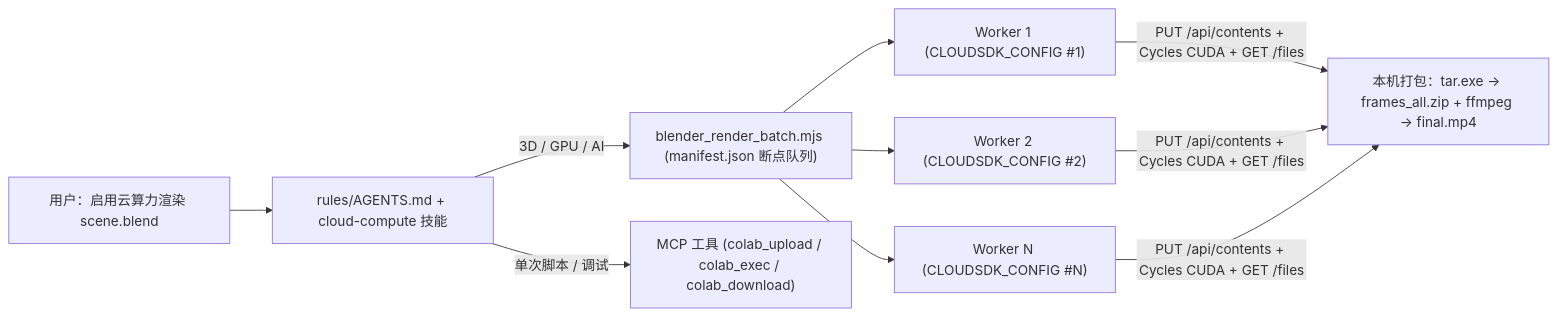
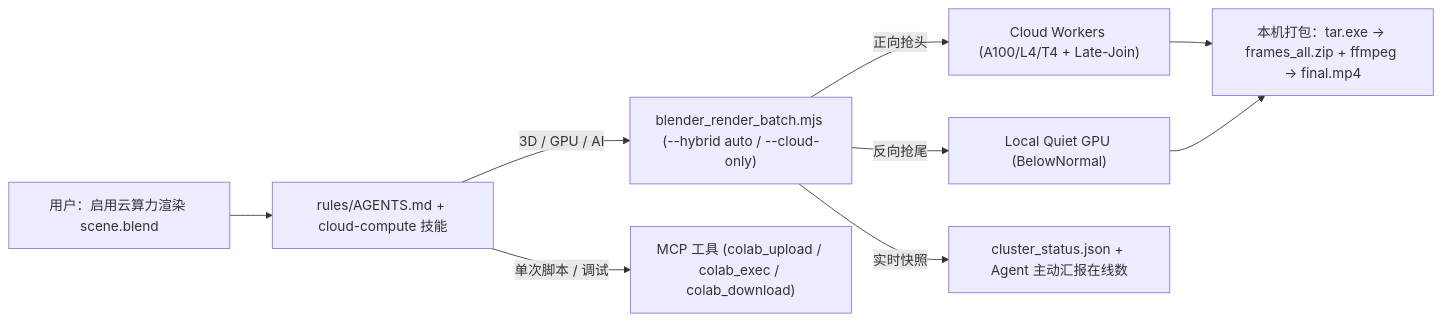
Before and after one commit to holoiallo/agy-colab-plugin: the diagram in README.md, drawn with Mermaid. The commit also changed other lines of this file and 9 other files, not shown here.

Commit message:
feat(v0.3.0): dynamic hybrid local+cloud pool, Blender 5.x support, and live cluster status reporting

````diff
--- a/README.md
+++ b/README.md
@@ -34,10 +41,10 @@
 ```mermaid
 flowchart LR
     U["用户：启用云算力渲染 scene.blend"] --> R["rules/AGENTS.md + cloud-compute 技能"]
-    R -->|"3D / GPU / AI"| B["blender_render_batch.mjs (manifest.json 断点队列)"]
+    R -->|"3D / GPU / AI"| B["blender_render_batch.mjs (--hybrid auto / --cloud-only)"]
     R -->|"单次脚本 / 调试"| M["MCP 工具 (colab_upload / colab_exec / colab_download)"]
-    B --> W1["Worker 1 (CLOUDSDK_CONFIG #1)"]
-    B --> W2["Worker 2 (CLOUDSDK_CONFIG #2)"]
-    B --> WN["Worker N (CLOUDSDK_CONFIG #N)"]
-    W1 & W2 & WN -->|"PUT /api/contents + Cycles CUDA + GET /files"| P["本机打包：tar.exe → frames_all.zip + ffmpeg → final.mp4"]
+    B -->|"正向抢头"| W1["Cloud Workers (A100/L4/T4 + Late-Join)"]
+    B -->|"反向抢尾"| WL["Local Quiet GPU (BelowNormal)"]
+    B -->|"实时快照"| ST["cluster_status.json + Agent 主动汇报在线数"]
+    W1 & WL --> P["本机打包：tar.exe → frames_all.zip + ffmpeg → final.mp4"]
 ```
````
